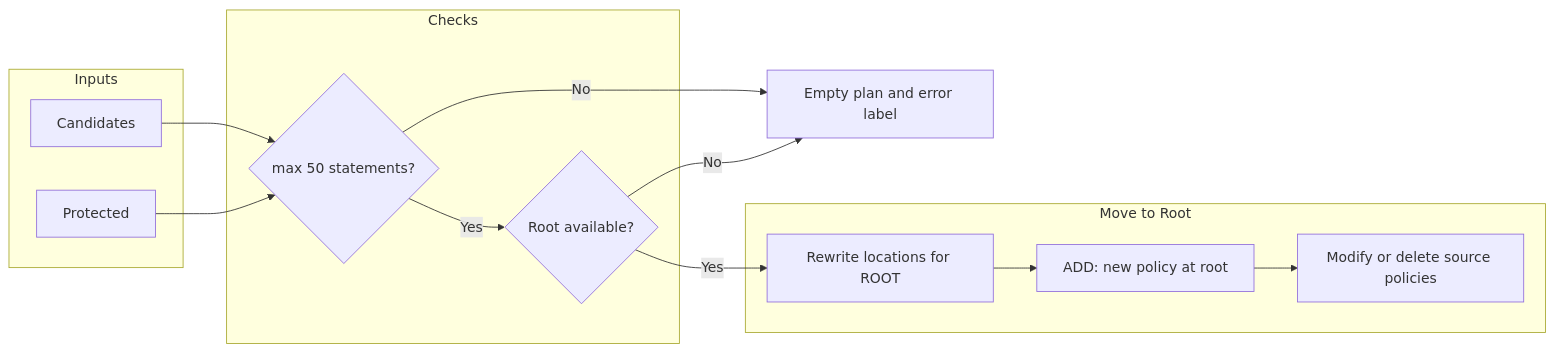
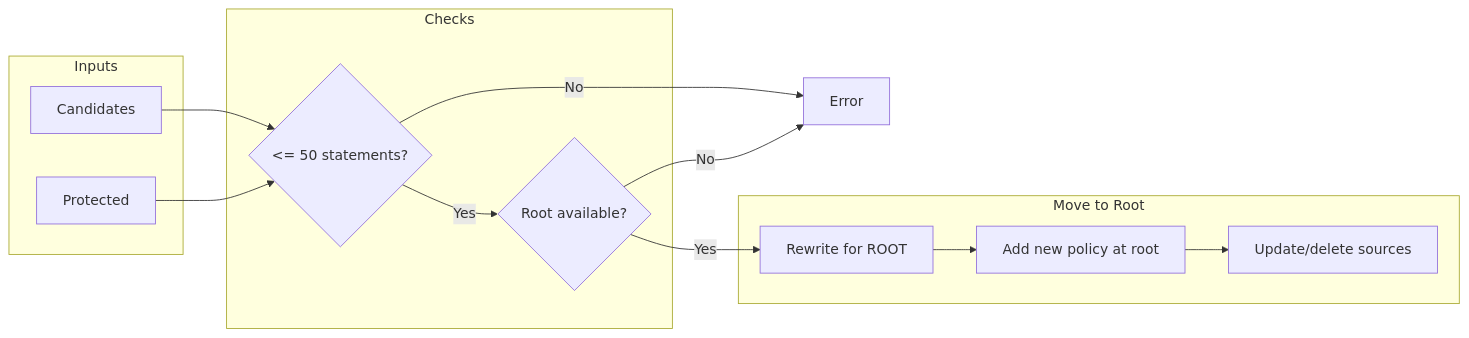
The third of 12 diagrams in docs/context/project/CONTEXT_policy_consolidation.md (agregory999/oci-policy-analysis), drawn with Mermaid before and after one commit. The commit also changed other lines of this file and 24 other files, not shown here.

````diff
--- a/docs/context/project/CONTEXT_policy_consolidation.md
+++ b/docs/context/project/CONTEXT_policy_consolidation.md
@@ -113,24 +119,24 @@
 ```mermaid
 flowchart LR
     subgraph inputs["Inputs"]
         C[Candidates]
         P[Protected]
     end
     subgraph checks["Checks"]
-        L{max 50 statements?}
+        L{<= 50 statements?}
         R{Root available?}
     end
     subgraph strategy["Move to Root"]
-        W[Rewrite locations for ROOT]
-        A[ADD: new policy at root]
-        S[Modify or delete source policies]
+        W[Rewrite for ROOT]
+        A[Add new policy at root]
+        S[Update/delete sources]
     end
     C --> L
     P --> L
-    L -->|No| empty[Empty plan and error label]
+    L -->|No| empty[Error]
     L -->|Yes| R
     R -->|No| empty
     R -->|Yes| W
     W --> A
     A --> S
 ```
````
